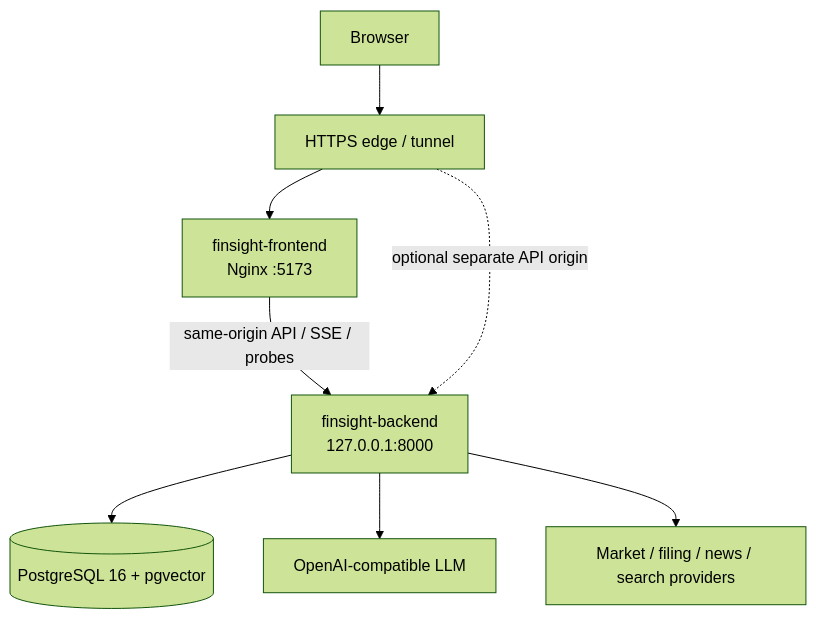
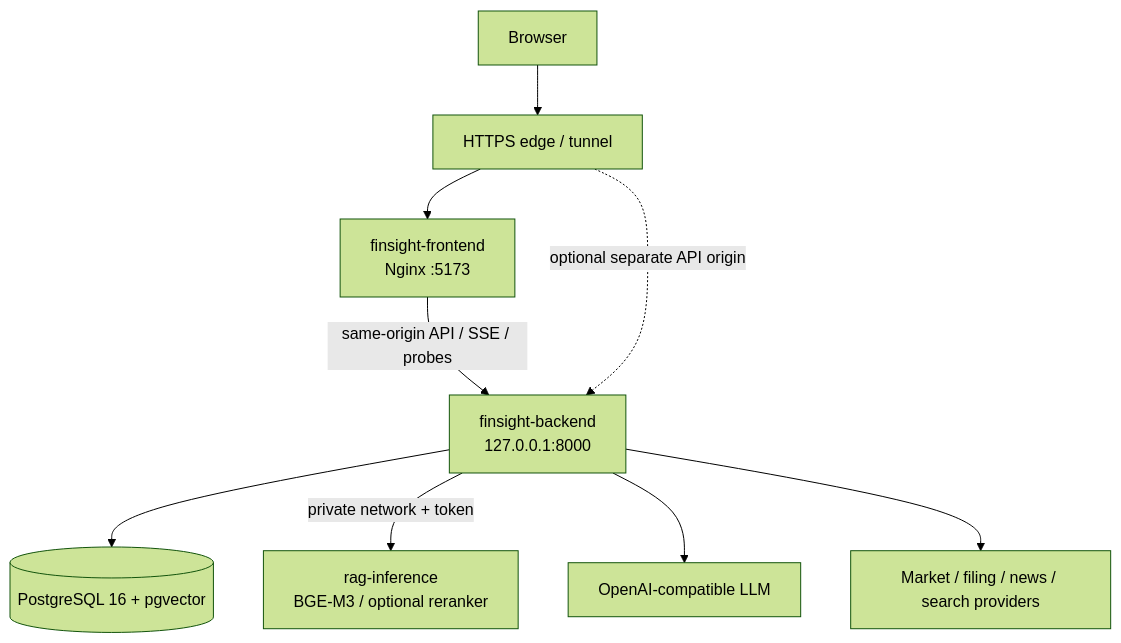
Before and after one commit to kkkano/FinSight: the diagram in docs/11_PRODUCTION_RUNBOOK.md, drawn with Mermaid (forest theme). The commit also changed other lines of this file and 187 other files, not shown here.

````diff
--- a/docs/11_PRODUCTION_RUNBOOK.md
+++ b/docs/11_PRODUCTION_RUNBOOK.md
@@ -11,10 +11,11 @@
 ```mermaid
 flowchart TB
     USER[Browser] --> EDGE[HTTPS edge / tunnel]
     EDGE --> FE[finsight-frontend\nNginx :5173]
     FE -->|same-origin API / SSE / probes| BE[finsight-backend\n127.0.0.1:8000]
     EDGE -. optional separate API origin .-> BE
     BE --> PG[(PostgreSQL 16 + pgvector)]
+    BE -->|private network + token| RAG[rag-inference\nBGE-M3 / optional reranker]
     BE --> LLM[OpenAI-compatible LLM]
     BE --> DATA[Market / filing / news / search providers]
 ```
````
